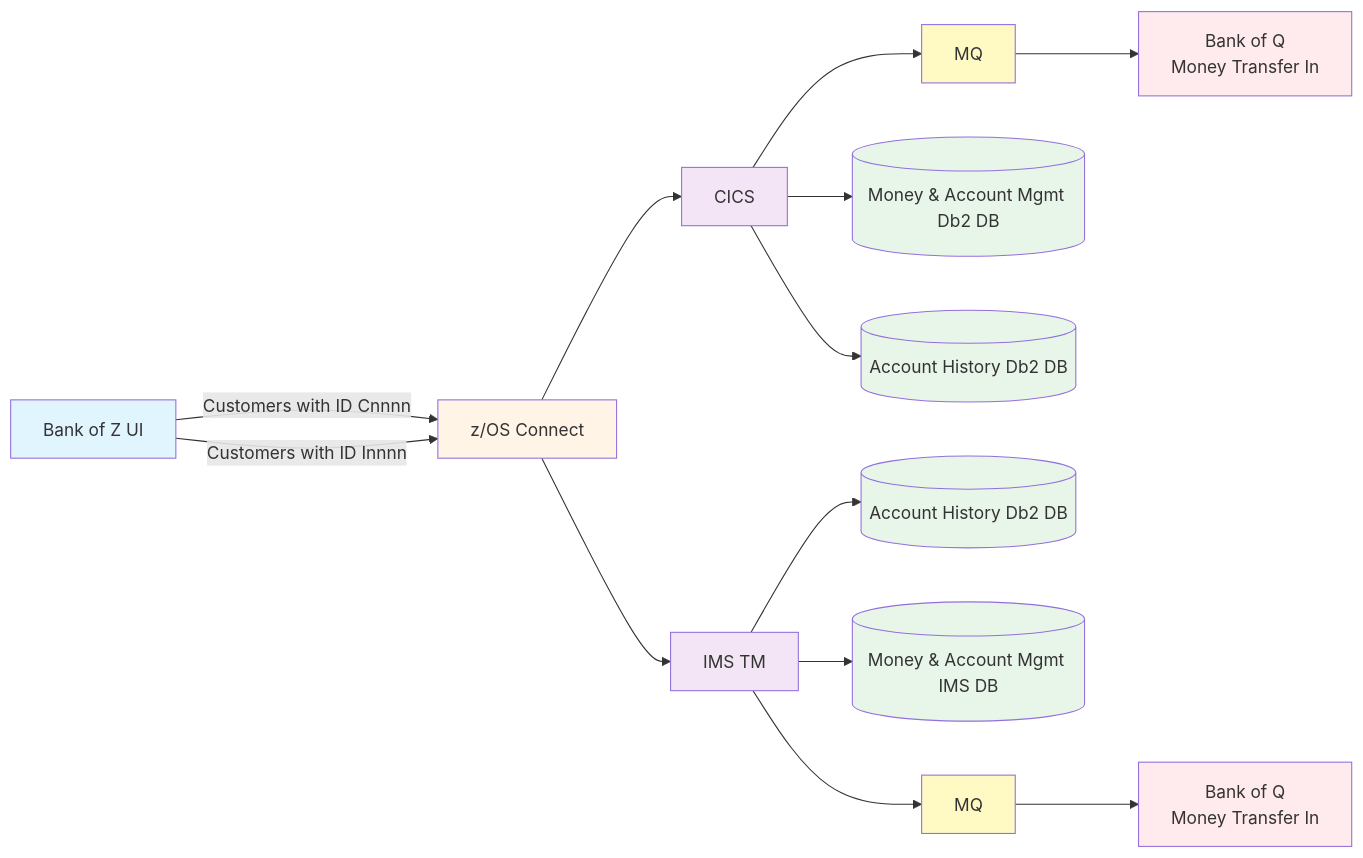
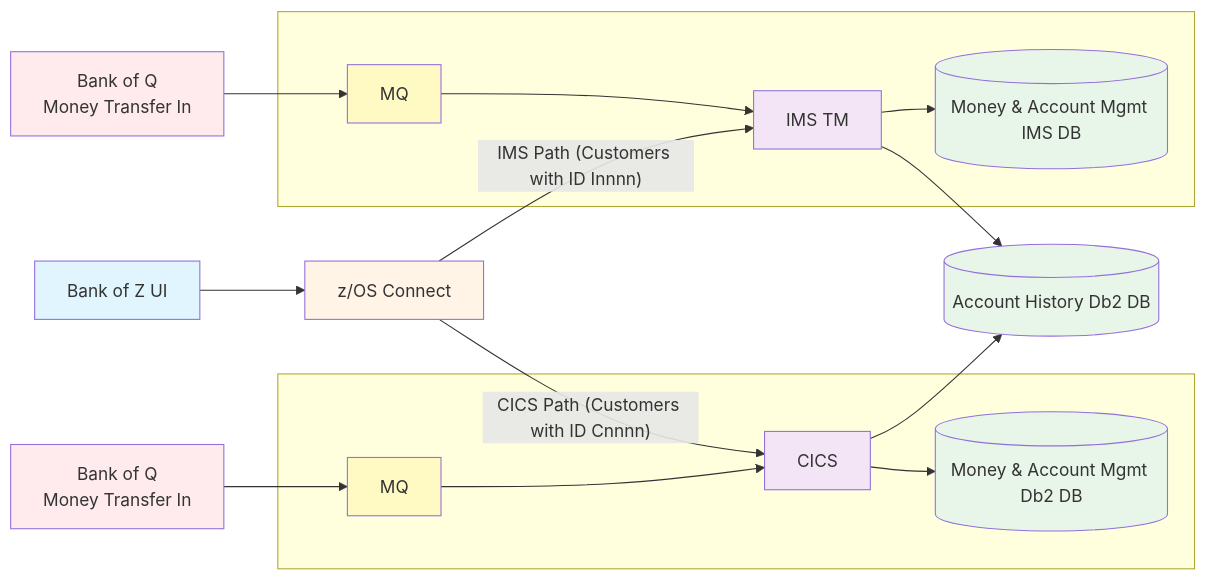
One commit to davidjwriter/Bank-of-Z changed the diagram in README.md. Above: the diagram before and after it, drawn with Mermaid.

Commit message:
Improve Mermaid diagram layout and fix arrow directions
- Fixed arrow directions: Bank of Q → MQ → CICS/IMS TM (was reversed)
- Consolidated Account History database into single shared instance
  - Both CICS and IMS now connect to same Account History Db2 DB
  - Removed duplicate HISTDB_CICS and HISTDB_IMS nodes
- Moved Bank of Q boxes outside subgraphs for cleaner layout
- Added path labels on arrows from z/OS Connect to CICS/IMS
  - 'CICS Path (Customers with ID Cnnnn)' on z/OS → CICS arrow
  - 'IMS Path (Customers with ID Innnn)' on z/OS → IMS arrow
- Fixed arrow crossings by reordering connection definitions
  - z/OS Connect → CICS arrow now renders above MQ → CICS arrow
- Removed subgraph title labels (moved to arrow labels)
- Added simple test diagram for debugging Mermaid rendering

All changes maintain GitHub rendering compatibility.

````diff
--- a/README.md
+++ b/README.md
@@ -11,51 +11,50 @@
 ```mermaid
 graph LR
     UI[Bank of Z UI]
     ZOS[z/OS Connect]
-    
-    CICS[CICS]
-    IMS[IMS TM]
-    
-    MQ1[MQ]
-    DB2_CICS[("Money & Account Mgmt Db2 DB")]
-    HISTDB_CICS[("Account History Db2 DB")]
-    
-    HISTDB_IMS[("Account History Db2 DB")]
-    DB2_IMS[("Money & Account Mgmt IMS DB")]
-    MQ2[MQ]
     
     BANKQ1["Bank of Q
     Money Transfer In"]
     BANKQ2["Bank of Q
     Money Transfer In"]
     
-    UI -->|"Customers with ID Cnnnn"| ZOS
-    UI -->|"Customers with ID Innnn"| ZOS
+    subgraph CICS_Flow[" "]
+        CICS[CICS]
+        MQ1[MQ]
+        DB2_CICS[("Money & Account Mgmt Db2 DB")]
+    end
     
-    ZOS --> CICS
-    ZOS --> IMS
+    subgraph IMS_Flow[" "]
+        MQ2[MQ]
+        IMS[IMS TM]
+        DB2_IMS[("Money & Account Mgmt IMS DB")]
+    end
     
-    CICS --> MQ1
+    HISTDB[("Account History Db2 DB")]
+    
+    UI --> ZOS
+    
+    BANKQ1 --> MQ1
+    ZOS -->|"CICS Path (Customers with ID Cnnnn)"| CICS
+    MQ1 --> CICS
     CICS --> DB2_CICS
-    CICS --> HISTDB_CICS
+    CICS --> HISTDB
     
-    IMS --> HISTDB_IMS
+    BANKQ2 --> MQ2
+    MQ2 --> IMS
+    ZOS -->|"IMS Path (Customers with ID Innnn)"| IMS
     IMS --> DB2_IMS
-    IMS --> MQ2
-    
-    MQ1 --> BANKQ1
-    MQ2 --> BANKQ2
+    IMS --> HISTDB
     
     style UI fill:#e1f5ff
     style ZOS fill:#fff4e6
     style CICS fill:#f3e5f5
     style IMS fill:#f3e5f5
     style DB2_CICS fill:#e8f5e9
     style DB2_IMS fill:#e8f5e9
-    style HISTDB_CICS fill:#e8f5e9
-    style HISTDB_IMS fill:#e8f5e9
+    style HISTDB fill:#e8f5e9
     style MQ1 fill:#fff9c4
     style MQ2 fill:#fff9c4
     style BANKQ1 fill:#ffebee
     style BANKQ2 fill:#ffebee
 ```
````
